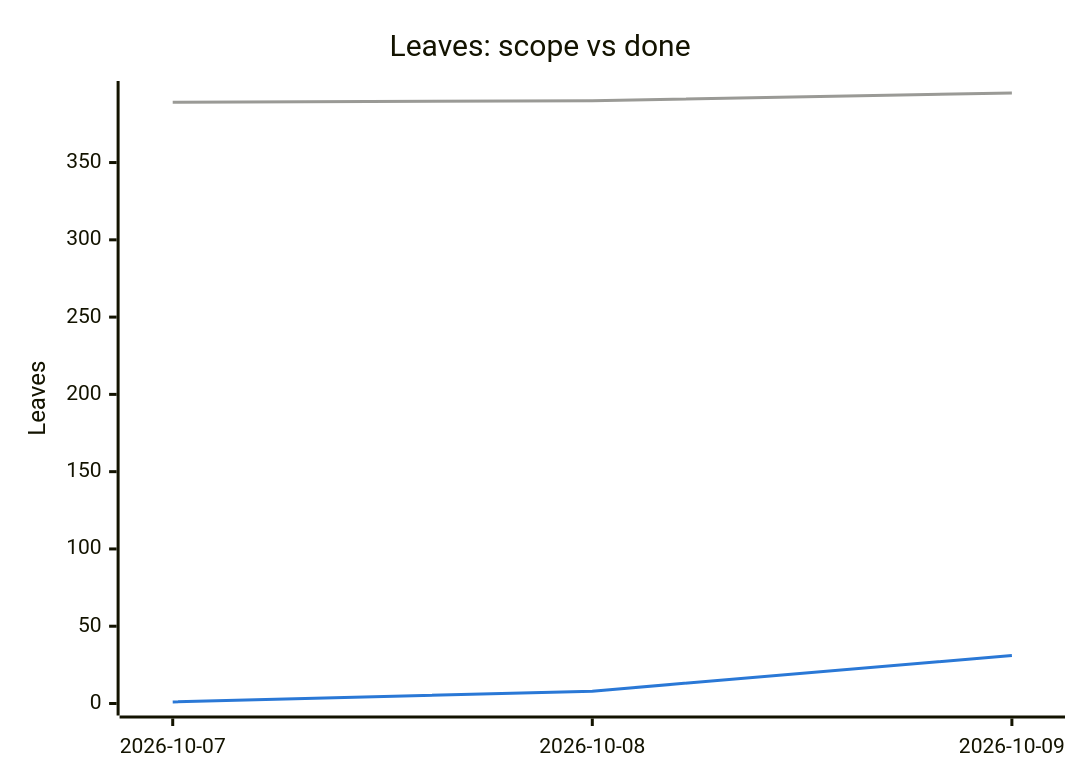
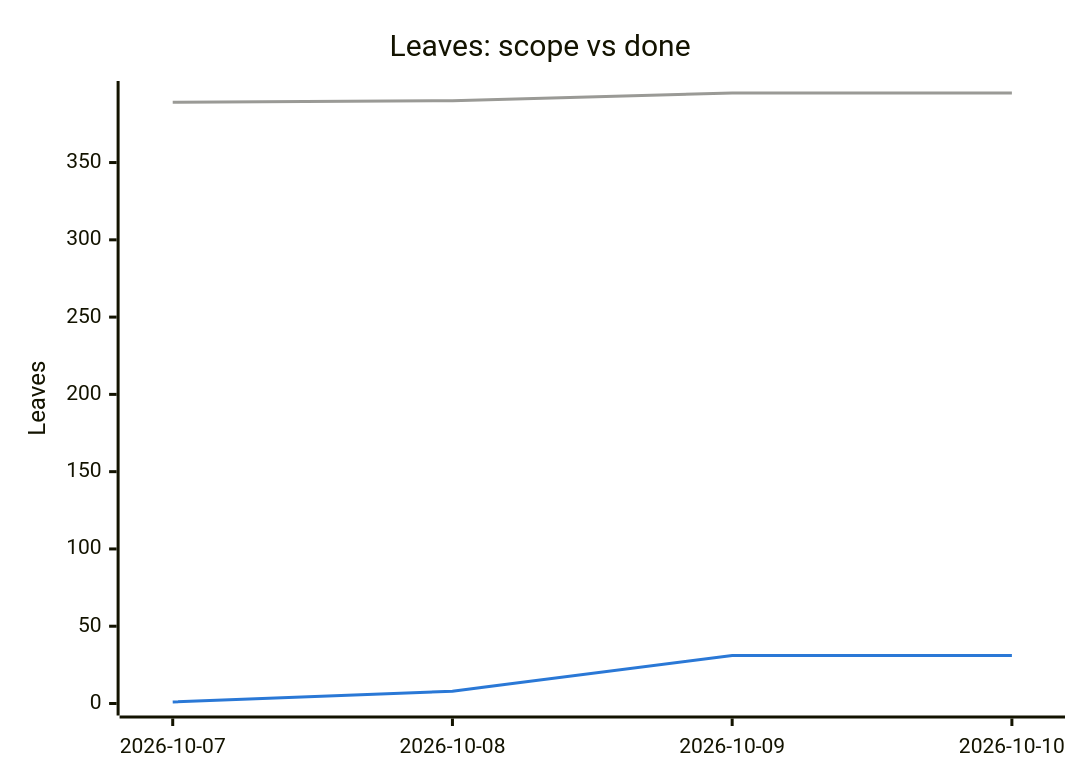
The second of 2 diagrams in PROGRESS.md (tomiok/persiaDB), drawn with Mermaid before and after one commit. The commit also changed other lines of this file and 6 other files, not shown here.

First line of the commit message:
feat(format): zigzag mapping and signed varints (ROADMAP 1.1.3)

````diff
--- a/PROGRESS.md
+++ b/PROGRESS.md
@@ -105,14 +105,14 @@
 ```mermaid
 ---
 config:
   themeVariables:
     xyChart:
       plotColorPalette: "#9a9a96, #2a78d6"
 ---
 xychart-beta
   title "Leaves: scope vs done"
-  x-axis ["2026-10-07", "2026-10-08", "2026-10-09"]
+  x-axis ["2026-10-07", "2026-10-08", "2026-10-09", "2026-10-10"]
   y-axis "Leaves" 0 --> 395
-  line [389, 390, 395]
-  line [1, 8, 31]
+  line [389, 390, 395, 395]
+  line [1, 8, 31, 31]
 ```
````
